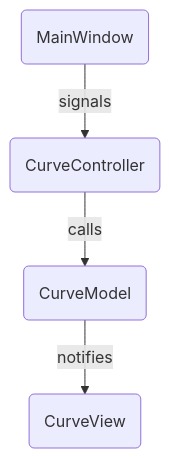
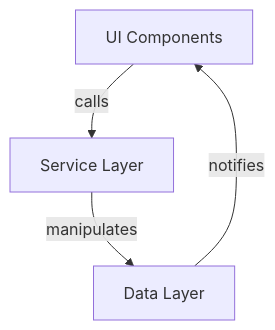
One commit to semmlerino/CurveEditor changed the first of 4 diagrams in docs/architecture.md. Above: the diagram before and after it, drawn with Mermaid. The commit also changed other lines of this file and 24 other files, not shown here.

````diff
--- a/docs/architecture.md
+++ b/docs/architecture.md
@@ -24,6 +39,6 @@
 ```mermaid
 flowchart TD
-    UI(MainWindow) --> |signals| Controller(CurveController)
-    Controller --> |calls| Model(CurveModel)
-    Model --> |notifies| View(CurveView)
+    UI[UI Components] --> |calls| Services[Service Layer]
+    Services --> |manipulates| Data[Data Layer]
+    Data --> |notifies| UI
 ```
````
